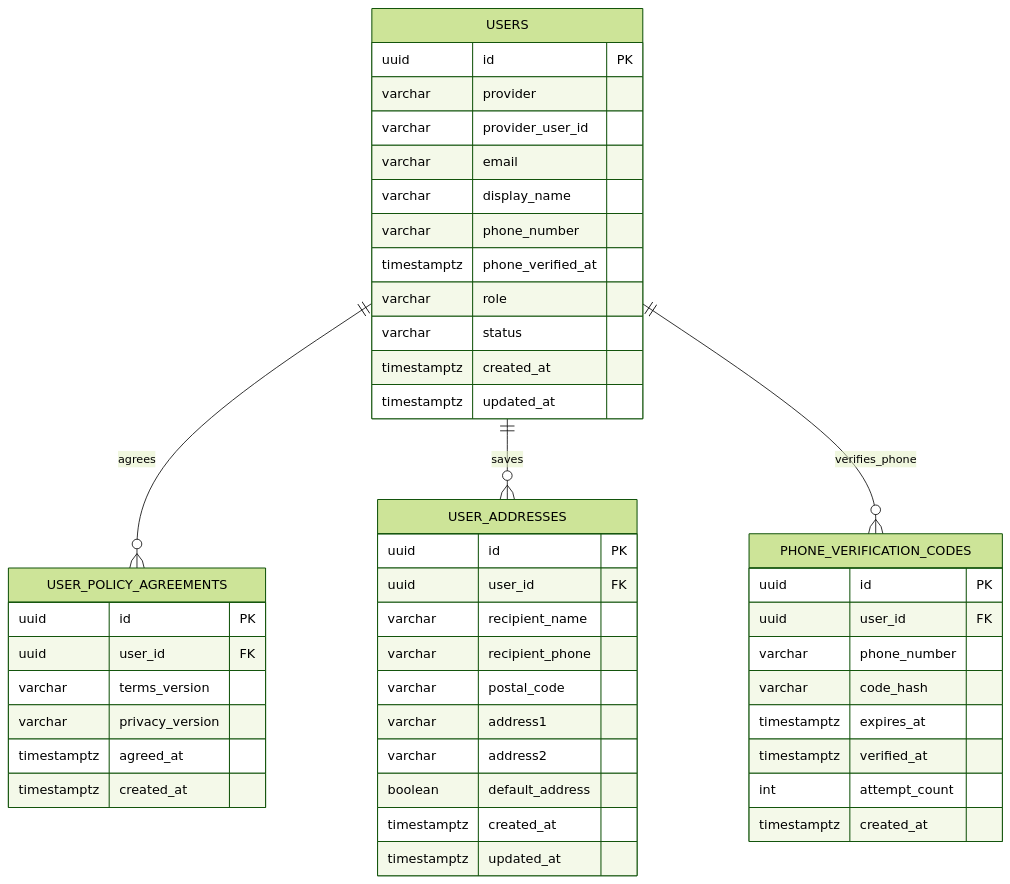
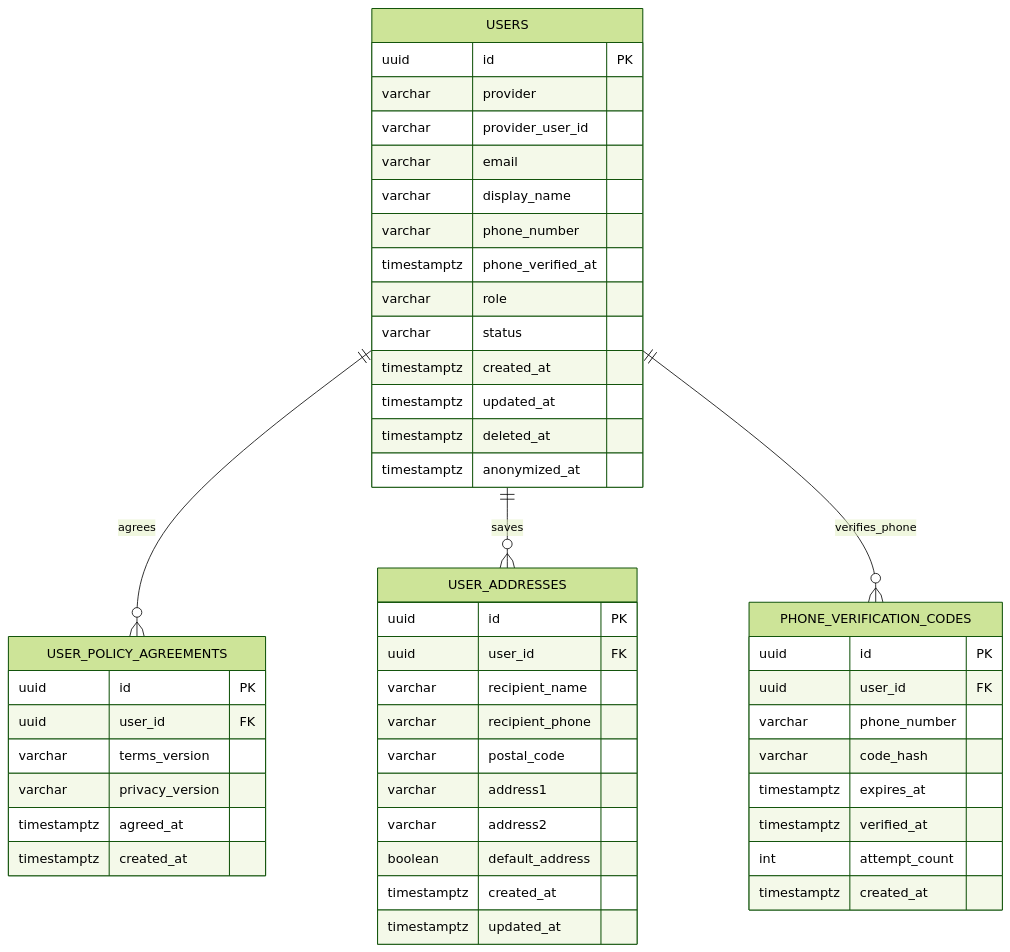
Before and after one commit to JAEKWANG97/dropship-shop: the first of 2 diagrams in docs/erd.md, drawn with Mermaid (forest theme). The commit also changed other lines of this file and 22 other files, not shown here.

Commit message:
feat: add account deletion flow

````diff
--- a/docs/erd.md
+++ b/docs/erd.md
@@ -43,53 +44,55 @@
 ```mermaid
 erDiagram
     USERS {
         uuid id PK
         varchar provider
         varchar provider_user_id
         varchar email
         varchar display_name
         varchar phone_number
         timestamptz phone_verified_at
         varchar role
         varchar status
         timestamptz created_at
         timestamptz updated_at
+        timestamptz deleted_at
+        timestamptz anonymized_at
     }
 
     USER_POLICY_AGREEMENTS {
         uuid id PK
         uuid user_id FK
         varchar terms_version
         varchar privacy_version
         timestamptz agreed_at
         timestamptz created_at
     }
 
     USER_ADDRESSES {
         uuid id PK
         uuid user_id FK
         varchar recipient_name
         varchar recipient_phone
         varchar postal_code
         varchar address1
         varchar address2
         boolean default_address
         timestamptz created_at
         timestamptz updated_at
     }
 
     PHONE_VERIFICATION_CODES {
         uuid id PK
         uuid user_id FK
         varchar phone_number
         varchar code_hash
         timestamptz expires_at
         timestamptz verified_at
         int attempt_count
         timestamptz created_at
     }
 
     USERS ||--o{ USER_POLICY_AGREEMENTS : agrees
     USERS ||--o{ USER_ADDRESSES : saves
     USERS ||--o{ PHONE_VERIFICATION_CODES : verifies_phone
 ```
````
